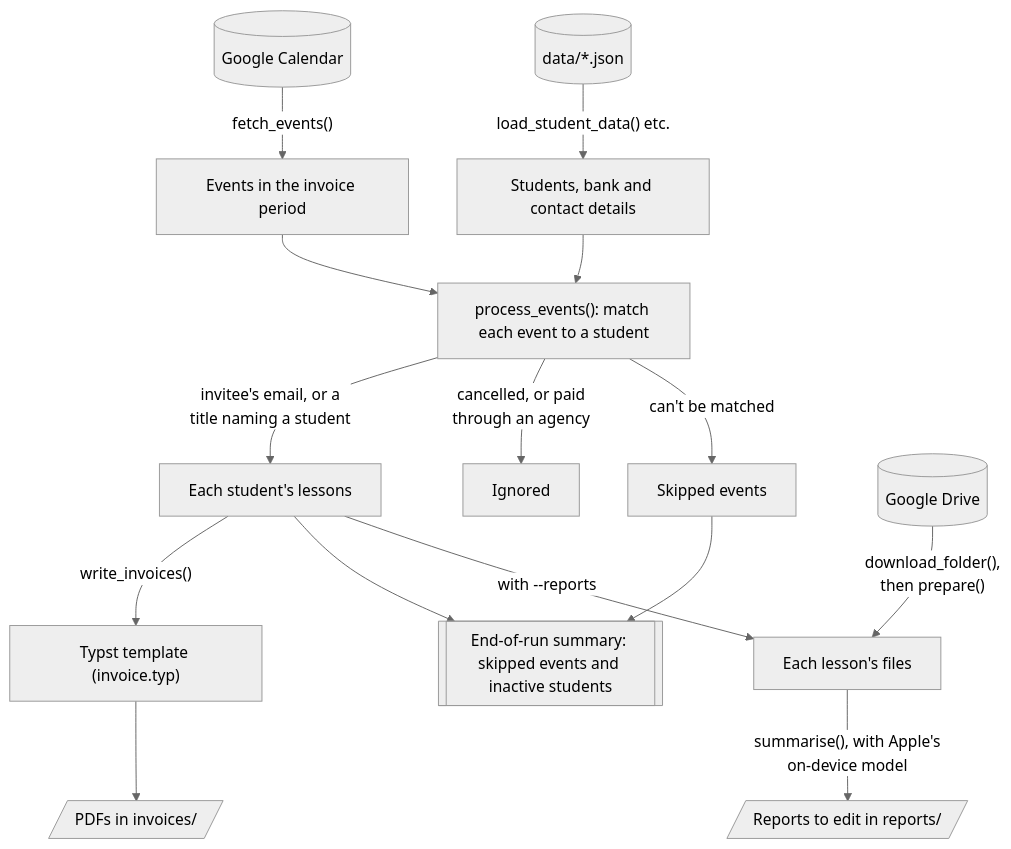
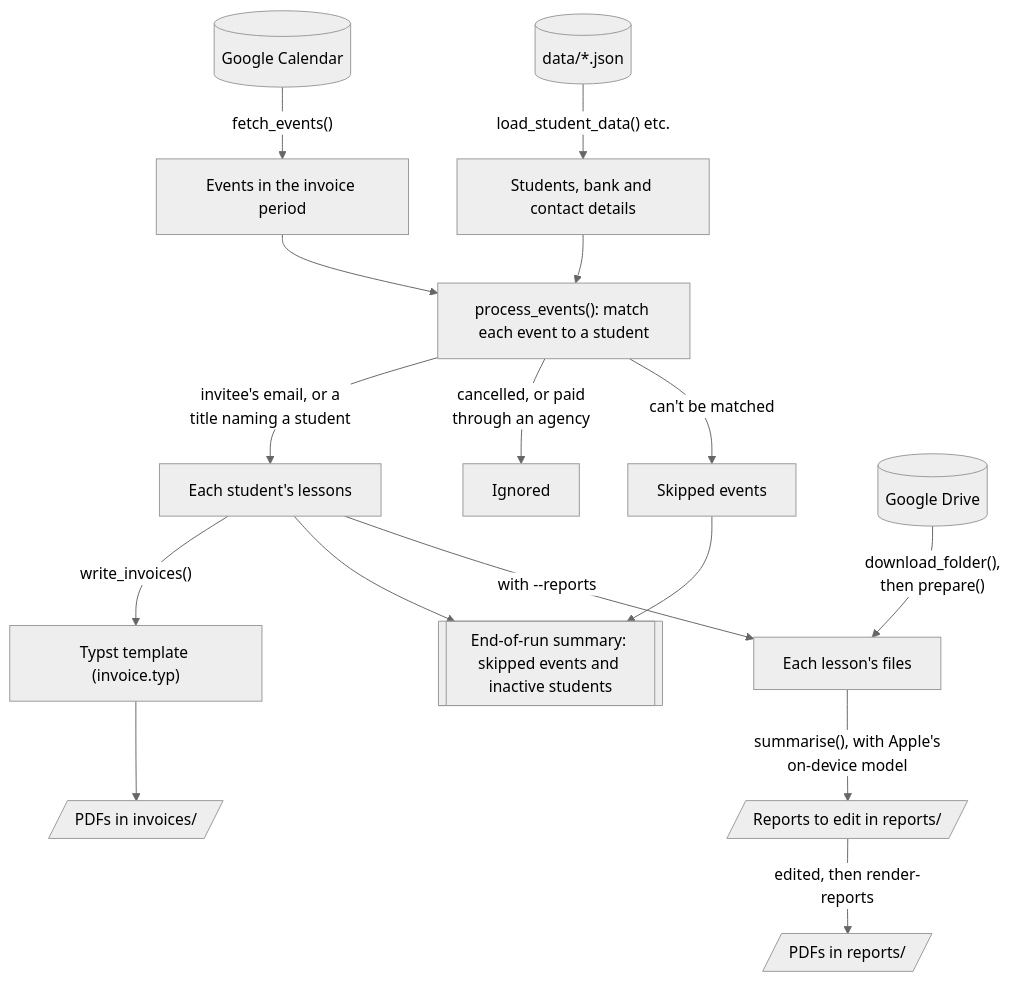
The diagram in docs/DEVELOPMENT.md (baiway/invoice-generator), drawn with Mermaid (neutral theme) before and after one commit. The commit also changed other lines of this file and 9 other files, not shown here.

First line of the commit message:
Add `render-reports` to turn edited reports into PDFs

````diff
--- a/docs/DEVELOPMENT.md
+++ b/docs/DEVELOPMENT.md
@@ -5,17 +5,18 @@
 ```mermaid
 flowchart TD
     calendar[("Google Calendar")] -- "fetch_events()" --> events["Events in the invoice period"]
     data[("data/*.json")] -- "load_student_data() etc." --> details["Students, bank and contact details"]
     events --> match["process_events(): match each event to a student"]
     details --> match
     match -- "invitee's email, or a<br>title naming a student" --> lessons["Each student's lessons"]
     match -- "cancelled, or paid<br>through an agency" --> ignored["Ignored"]
     match -- "can't be matched" --> skipped["Skipped events"]
     lessons -- "write_invoices()" --> template["Typst template (invoice.typ)"]
     template --> pdfs[/"PDFs in invoices/"/]
     skipped --> summary[["End-of-run summary: skipped events and inactive students"]]
     lessons --> summary
     drive[("Google Drive")] -- "download_folder(),<br>then prepare()" --> files["Each lesson's files"]
     lessons -- "with --reports" --> files
     files -- "summarise(), with Apple's<br>on-device model" --> drafts[/"Reports to edit in reports/"/]
+    drafts -- "edited, then render-reports" --> reportpdfs[/"PDFs in reports/"/]
 ```
````
